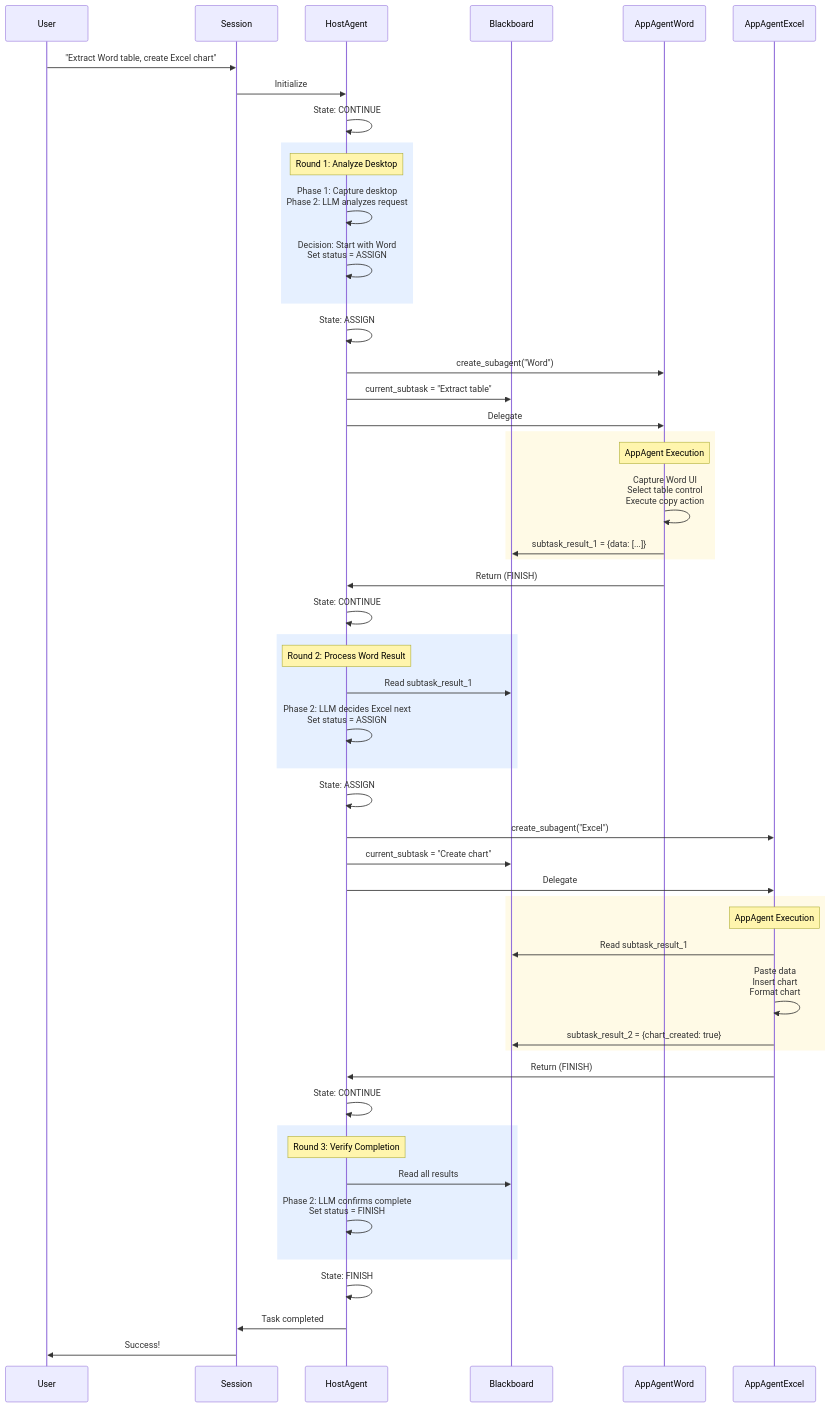
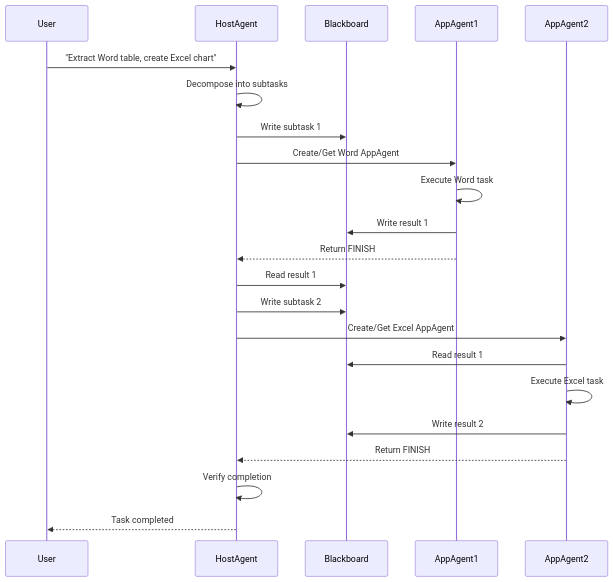
One commit to microsoft/UFO changed the diagram in documents/docs/ufo2/host_agent/overview.md. Above: the diagram before and after it, drawn with Mermaid. The commit also changed other lines of this file and 9 other files, not shown here.

````diff
--- a/documents/docs/ufo2/host_agent/overview.md
+++ b/documents/docs/ufo2/host_agent/overview.md
@@ -431,64 +70,27 @@
 ```mermaid
 sequenceDiagram
     participant User
-    participant Session
     participant HostAgent
     participant Blackboard
-    participant AppAgentWord
-    participant AppAgentExcel
+    participant AppAgent1
+    participant AppAgent2
     
-    User->>Session: "Extract Word table, create Excel chart"
-    Session->>HostAgent: Initialize
-    HostAgent->>HostAgent: State: CONTINUE
+    User->>HostAgent: "Extract Word table, create Excel chart"
+    HostAgent->>HostAgent: Decompose into subtasks
+    HostAgent->>Blackboard: Write subtask 1
+    HostAgent->>AppAgent1: Create/Get Word AppAgent
+    AppAgent1->>AppAgent1: Execute Word task
+    AppAgent1->>Blackboard: Write result 1
+    AppAgent1-->>HostAgent: Return FINISH
     
-    rect rgb(230, 240, 255)
-    Note over HostAgent: Round 1: Analyze Desktop
-    HostAgent->>HostAgent: Phase 1: Capture desktop<br/>Phase 2: LLM analyzes request
-    HostAgent->>HostAgent: Decision: Start with Word<br/>Set status = ASSIGN
-    end
+    HostAgent->>Blackboard: Read result 1
+    HostAgent->>Blackboard: Write subtask 2
+    HostAgent->>AppAgent2: Create/Get Excel AppAgent
+    AppAgent2->>Blackboard: Read result 1
+    AppAgent2->>AppAgent2: Execute Excel task
+    AppAgent2->>Blackboard: Write result 2
+    AppAgent2-->>HostAgent: Return FINISH
     
-    HostAgent->>HostAgent: State: ASSIGN
-    HostAgent->>AppAgentWord: create_subagent("Word")
-    HostAgent->>Blackboard: current_subtask = "Extract table"
-    HostAgent->>AppAgentWord: Delegate
-    
-    rect rgb(255, 250, 230)
-    Note over AppAgentWord: AppAgent Execution
-    AppAgentWord->>AppAgentWord: Capture Word UI<br/>Select table control<br/>Execute copy action
-    AppAgentWord->>Blackboard: subtask_result_1 = {data: [...]}
-    end
-    
-    AppAgentWord->>HostAgent: Return (FINISH)
-    HostAgent->>HostAgent: State: CONTINUE
-    
-    rect rgb(230, 240, 255)
-    Note over HostAgent: Round 2: Process Word Result
-    HostAgent->>Blackboard: Read subtask_result_1
-    HostAgent->>HostAgent: Phase 2: LLM decides Excel next<br/>Set status = ASSIGN
-    end
-    
-    HostAgent->>HostAgent: State: ASSIGN
-    HostAgent->>AppAgentExcel: create_subagent("Excel")
-    HostAgent->>Blackboard: current_subtask = "Create chart"
-    HostAgent->>AppAgentExcel: Delegate
-    
-    rect rgb(255, 250, 230)
-    Note over AppAgentExcel: AppAgent Execution
-    AppAgentExcel->>Blackboard: Read subtask_result_1
-    AppAgentExcel->>AppAgentExcel: Paste data<br/>Insert chart<br/>Format chart
-    AppAgentExcel->>Blackboard: subtask_result_2 = {chart_created: true}
-    end
-    
-    AppAgentExcel->>HostAgent: Return (FINISH)
-    HostAgent->>HostAgent: State: CONTINUE
-    
-    rect rgb(230, 240, 255)
-    Note over HostAgent: Round 3: Verify Completion
-    HostAgent->>Blackboard: Read all results
-    HostAgent->>HostAgent: Phase 2: LLM confirms complete<br/>Set status = FINISH
-    end
-    
-    HostAgent->>HostAgent: State: FINISH
-    HostAgent->>Session: Task completed
-    Session->>User: Success!
+    HostAgent->>HostAgent: Verify completion
+    HostAgent-->>User: Task completed
 ```
````
